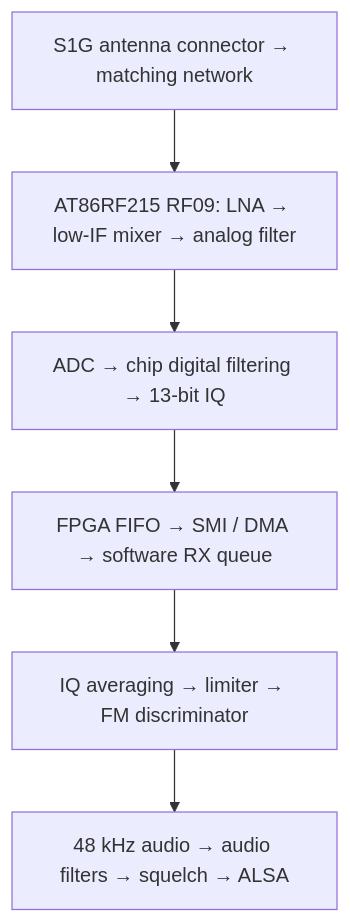
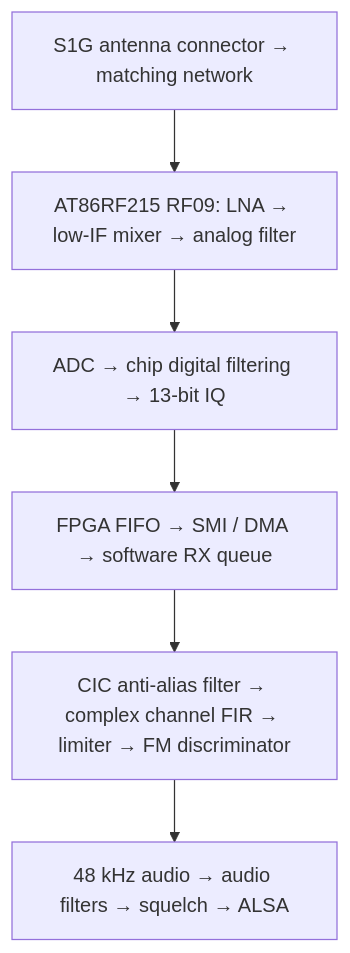
One commit to Habraken/cariboulite changed the diagram in docs/nbfm-rx-sensitivity-context.md. Above: the diagram before and after it, drawn with Mermaid. The commit also changed other lines of this file and 16 other files, not shown here.

````diff
--- a/docs/nbfm-rx-sensitivity-context.md
+++ b/docs/nbfm-rx-sensitivity-context.md
@@ -44,10 +52,10 @@
 ```mermaid
 flowchart TD
     A["S1G antenna connector → matching network"]
     B["AT86RF215 RF09: LNA → low-IF mixer → analog filter"]
     C["ADC → chip digital filtering → 13-bit IQ"]
     D["FPGA FIFO → SMI / DMA → software RX queue"]
-    E["IQ averaging → limiter → FM discriminator"]
+    E["CIC anti-alias filter → complex channel FIR → limiter → FM discriminator"]
     F["48 kHz audio → audio filters → squelch → ALSA"]
     A --> B --> C --> D --> E --> F
 ```
````
